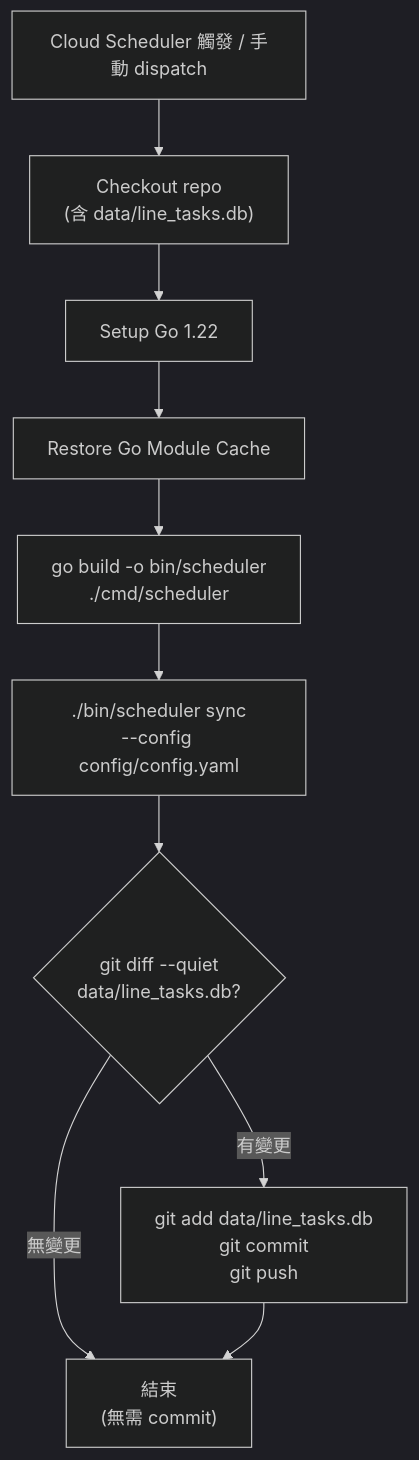
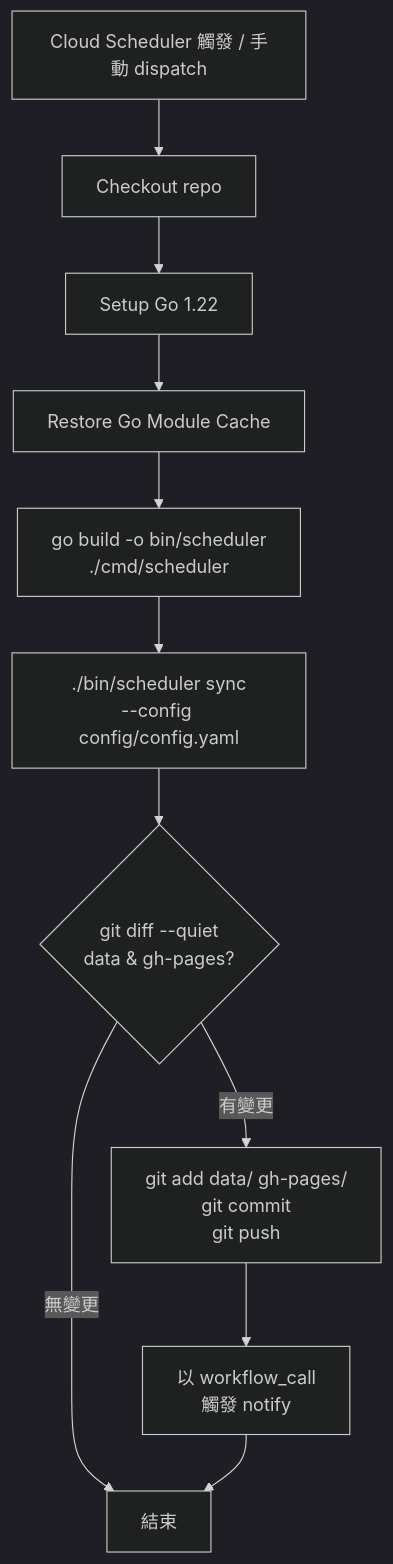
The third of 4 diagrams in docs/design/design-cicd.md (dccoding1118/more-line-points), drawn with Mermaid before and after one commit. The commit also changed other lines of this file and 26 other files, not shown here.

````diff
--- a/docs/design/design-cicd.md
+++ b/docs/design/design-cicd.md
@@ -286,13 +274,14 @@
 ```mermaid
 %%{init: {'theme':'dark'}}%%
 flowchart TD
-    TRIGGER["Cloud Scheduler 觸發 / 手動 dispatch"] --> CHECKOUT["Checkout repo<br/>(含 data/line_tasks.db)"]
+    TRIGGER["Cloud Scheduler 觸發 / 手動 dispatch"] --> CHECKOUT["Checkout repo"]
     CHECKOUT --> SETUP_GO["Setup Go 1.22"]
     SETUP_GO --> CACHE["Restore Go Module Cache"]
     CACHE --> BUILD["go build -o bin/scheduler<br/>./cmd/scheduler"]
     BUILD --> SYNC["./bin/scheduler sync<br/>--config config/config.yaml"]
-    SYNC --> CHECK_DIFF{"git diff --quiet<br/>data/line_tasks.db?"}
-    CHECK_DIFF -->|"有變更"| COMMIT["git add data/line_tasks.db<br/>git commit<br/>git push"]
-    CHECK_DIFF -->|"無變更"| DONE["結束<br/>(無需 commit)"]
-    COMMIT --> DONE
+    SYNC --> CHECK_DIFF{"git diff --quiet<br/>data & gh-pages?"}
+    CHECK_DIFF -->|"有變更"| COMMIT["git add data/ gh-pages/<br/>git commit<br/>git push"]
+    COMMIT --> FIRE_NOTIFY["以 workflow_call<br/>觸發 notify"]
+    CHECK_DIFF -->|"無變更"| DONE["結束"]
+    FIRE_NOTIFY --> DONE
 ```
````
